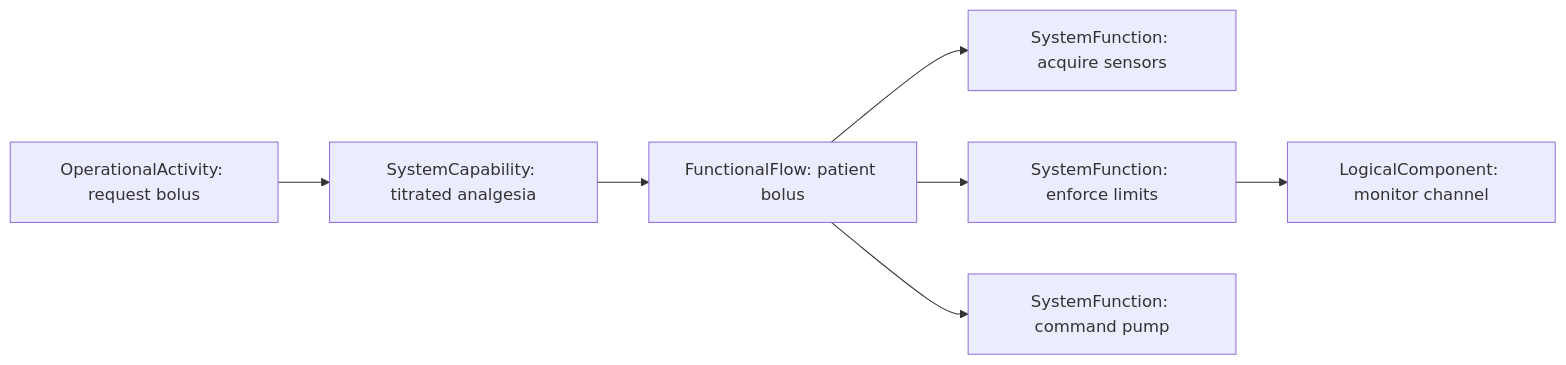
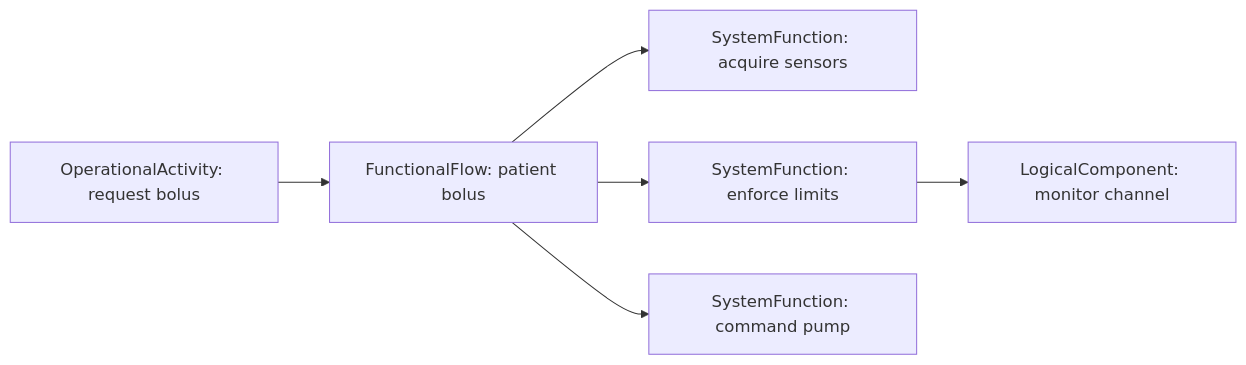
The diagram in docs/layers/operations-system.md (memoarchitect/memo), drawn with Mermaid before and after one commit. The commit also changed other lines of this file and 24 other files, not shown here.

````diff
--- a/docs/layers/operations-system.md
+++ b/docs/layers/operations-system.md
@@ -46,9 +44,8 @@
 ```mermaid
 flowchart LR
-    Bolus[OperationalActivity: request bolus] --> Capability[SystemCapability: titrated analgesia]
-    Capability --> Chain[FunctionalFlow: patient bolus]
+    Bolus[OperationalActivity: request bolus] --> Chain[FunctionalFlow: patient bolus]
     Chain --> Sense[SystemFunction: acquire sensors]
     Chain --> Limit[SystemFunction: enforce limits]
     Chain --> Command[SystemFunction: command pump]
     Limit --> Logical[LogicalComponent: monitor channel]
 ```
````
